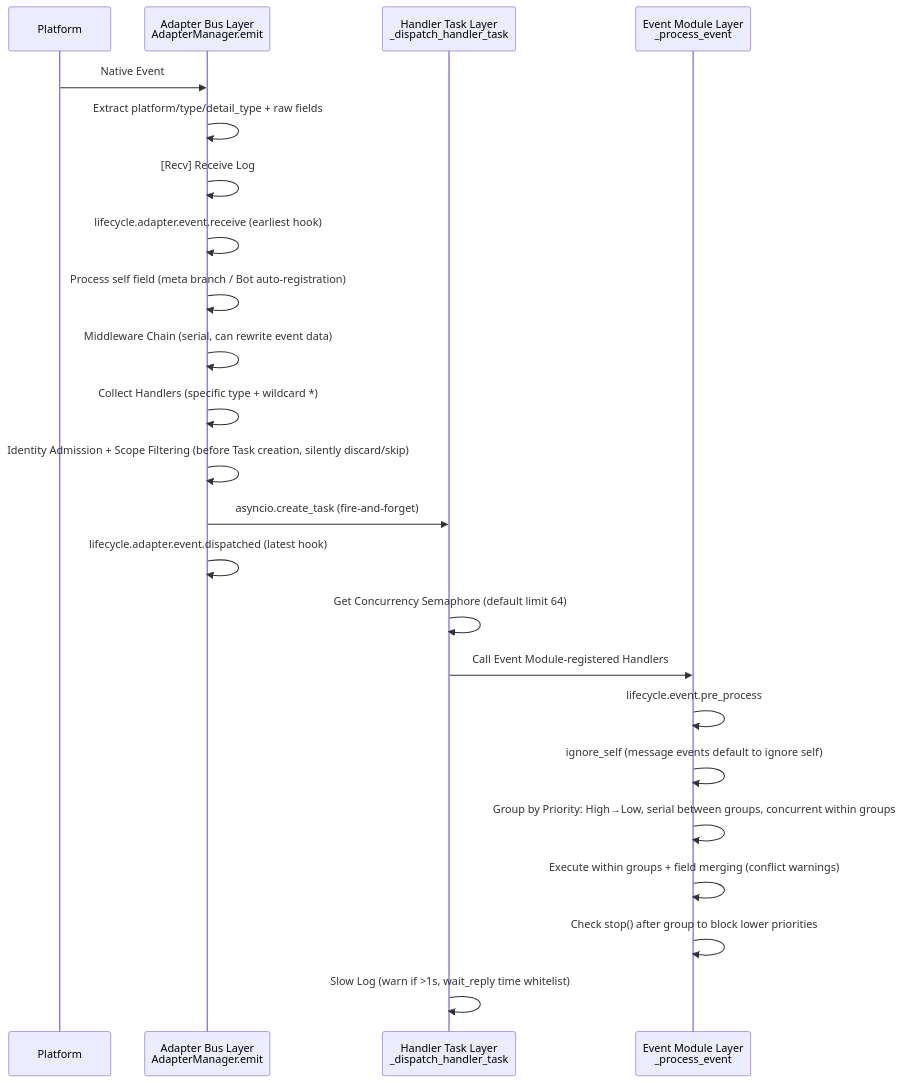
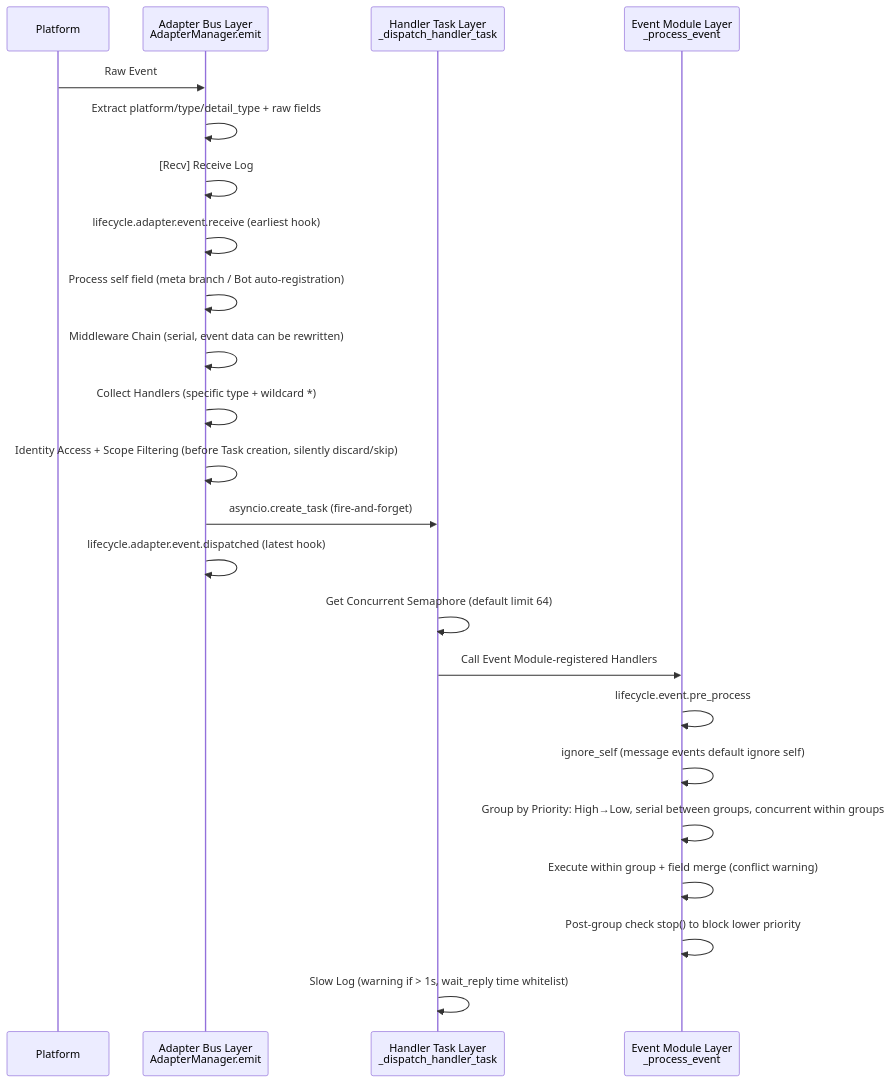
The fourth of 10 diagrams in docs/en/architecture.md (ErisPulse/ErisPulse), drawn with Mermaid before and after one commit. The commit also changed other lines of this file and 83 other files, not shown here.

````diff
--- a/docs/en/architecture.md
+++ b/docs/en/architecture.md
@@ -109,26 +109,26 @@
 ```mermaid
 sequenceDiagram
     participant P as Platform
     participant A as Adapter Bus Layer<br/>AdapterManager.emit
     participant T as Handler Task Layer<br/>_dispatch_handler_task
     participant E as Event Module Layer<br/>_process_event
 
-    P->>A: Native Event
+    P->>A: Raw Event
     A->>A: Extract platform/type/detail_type + raw fields
     A->>A: [Recv] Receive Log
     A->>A: lifecycle.adapter.event.receive (earliest hook)
     A->>A: Process self field (meta branch / Bot auto-registration)
-    A->>A: Middleware Chain (serial, can rewrite event data)
+    A->>A: Middleware Chain (serial, event data can be rewritten)
     A->>A: Collect Handlers (specific type + wildcard *)
-    A->>A: Identity Admission + Scope Filtering (before Task creation, silently discard/skip)
+    A->>A: Identity Access + Scope Filtering (before Task creation, silently discard/skip)
     A->>T: asyncio.create_task (fire-and-forget)
     A->>A: lifecycle.adapter.event.dispatched (latest hook)
-    T->>T: Get Concurrency Semaphore (default limit 64)
+    T->>T: Get Concurrent Semaphore (default limit 64)
     T->>E: Call Event Module-registered Handlers
     E->>E: lifecycle.event.pre_process
-    E->>E: ignore_self (message events default to ignore self)
+    E->>E: ignore_self (message events default ignore self)
     E->>E: Group by Priority: High→Low, serial between groups, concurrent within groups
-    E->>E: Execute within groups + field merging (conflict warnings)
-    E->>E: Check stop() after group to block lower priorities
-    T->>T: Slow Log (warn if >1s, wait_reply time whitelist)
+    E->>E: Execute within group + field merge (conflict warning)
+    E->>E: Post-group check stop() to block lower priority
+    T->>T: Slow Log (warning if > 1s, wait_reply time whitelist)
 ```
````
